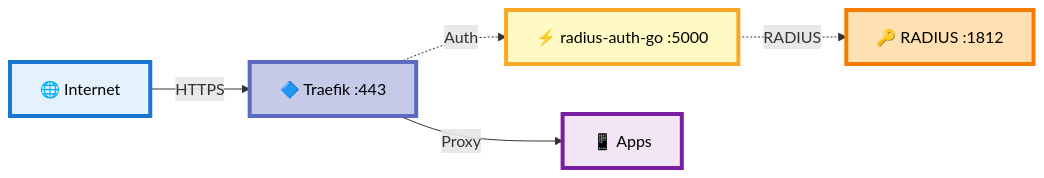
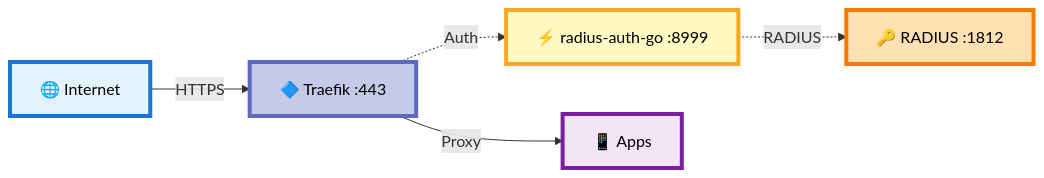
One commit to okigan/revproxauth changed the third of 4 diagrams in README.md. Above: the diagram before and after it, drawn with Mermaid. The commit also changed other lines of this file and 9 other files, not shown here.

````diff
--- a/README.md
+++ b/README.md
@@ -118,19 +129,19 @@
 ```mermaid
 graph LR
     A["🌐 Internet"] 
     B["🔷 Traefik :443"]
-    C["⚡ radius-auth-go :5000"]
+    C["⚡ radius-auth-go :8999"]
     D["🔑 RADIUS :1812"]
     E["📱 Apps"]
     
     A -->|HTTPS| B
     B -.->|Auth| C
     C -.->|RADIUS| D
     B -->|Proxy| E
     
     style A fill:#e3f2fd,stroke:#1976d2,stroke-width:4px,color:#000
     style B fill:#c5cae9,stroke:#5c6bc0,stroke-width:4px,color:#000
     style C fill:#fff9c4,stroke:#f9a825,stroke-width:4px,color:#000
     style D fill:#ffe0b2,stroke:#f57c00,stroke-width:4px,color:#000
     style E fill:#f3e5f5,stroke:#7b1fa2,stroke-width:4px,color:#000
 ```
````
